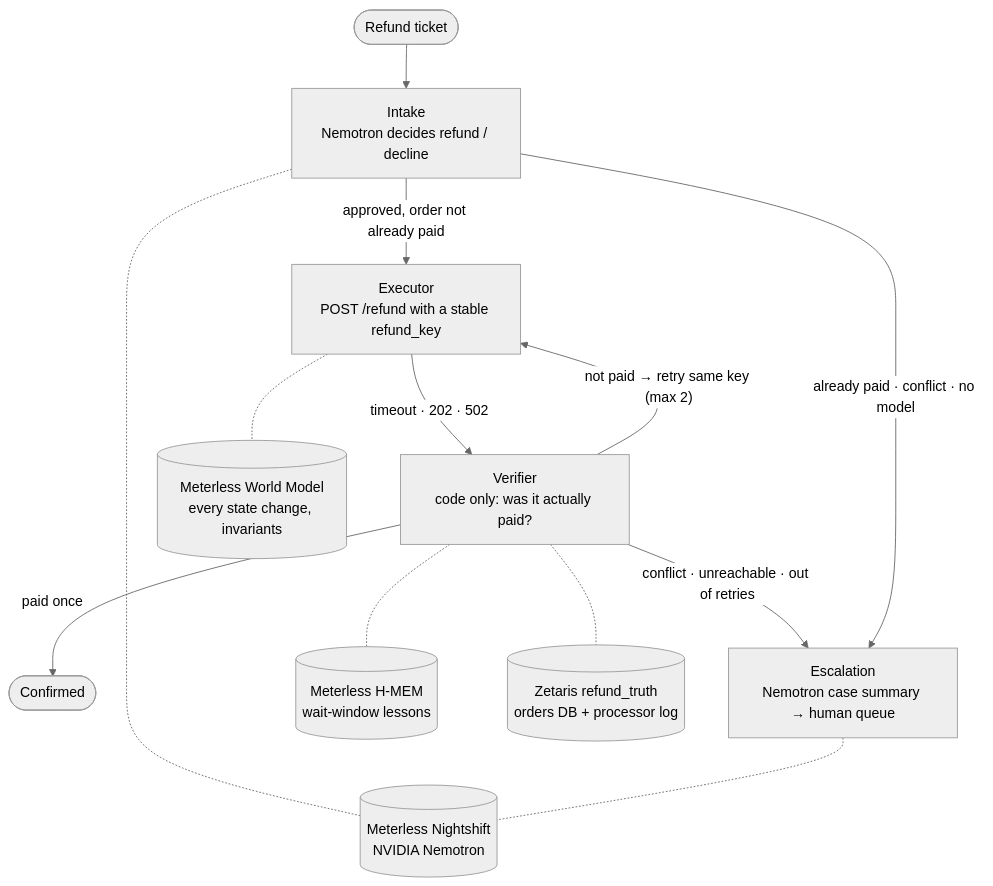
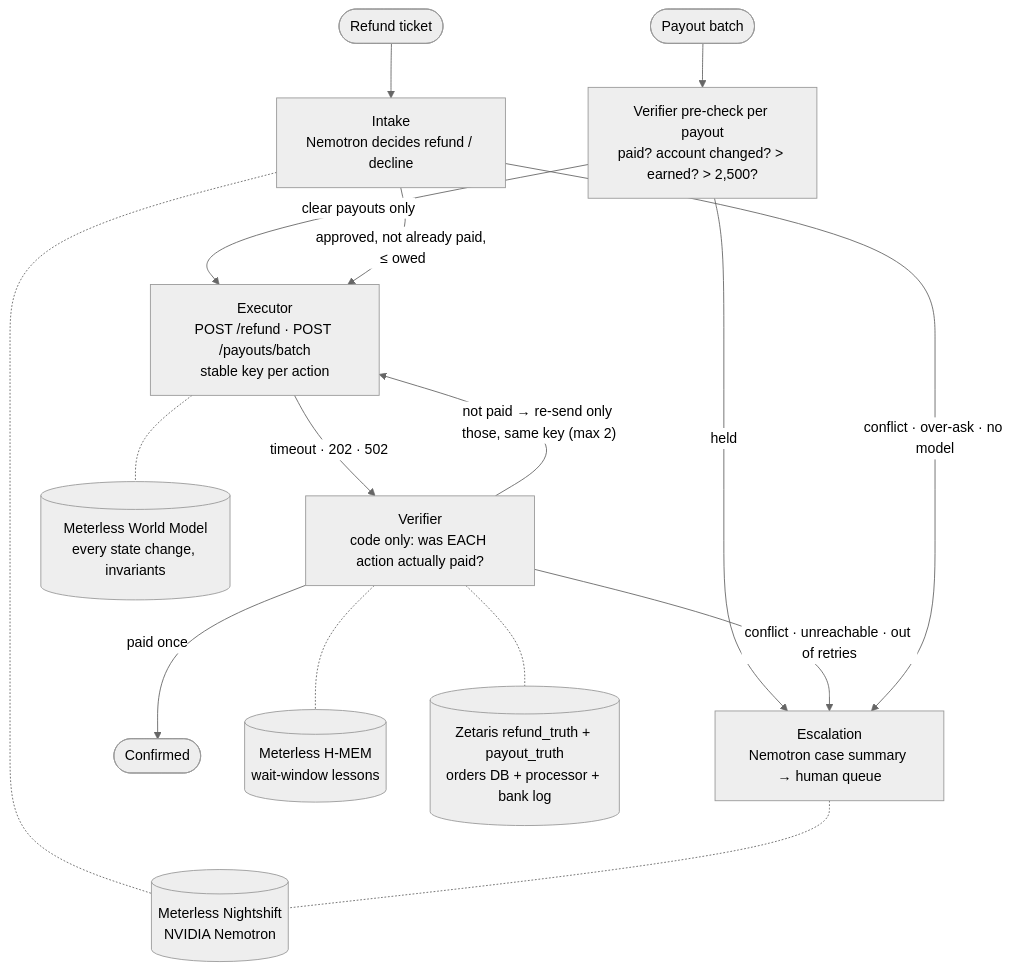
The diagram in README.md (OutstandingVick/dumen), drawn with Mermaid (neutral theme) before and after one commit. The commit also changed other lines of this file and 29 other files, not shown here.

````diff
--- a/README.md
+++ b/README.md
@@ -30,21 +36,24 @@
 ```mermaid
 flowchart TB
   T([Refund ticket]) --> I["Intake<br/>Nemotron decides refund / decline"]
-  I -->|"approved, order not already paid"| E["Executor<br/>POST /refund with a stable refund_key"]
-  E -->|"timeout · 202 · 502"| V["Verifier<br/>code only: was it actually paid?"]
-  V -->|"not paid → retry same key (max 2)"| E
+  P([Payout batch]) --> PC["Verifier pre-check per payout<br/>paid? account changed? > earned? > 2,500?"]
+  PC -->|"clear payouts only"| E
+  PC -->|"held"| X
+  I -->|"approved, not already paid, ≤ owed"| E["Executor<br/>POST /refund · POST /payouts/batch<br/>stable key per action"]
+  E -->|"timeout · 202 · 502"| V["Verifier<br/>code only: was EACH action actually paid?"]
+  V -->|"not paid → re-send only those, same key (max 2)"| E
   V -->|"paid once"| C([Confirmed])
   V -->|"conflict · unreachable · out of retries"| X["Escalation<br/>Nemotron case summary → human queue"]
-  I -->|"already paid · conflict · no model"| X
+  I -->|"conflict · over-ask · no model"| X
 
   W[("Meterless World Model<br/>every state change, invariants")]
   M[("Meterless H-MEM<br/>wait-window lessons")]
-  Z[("Zetaris refund_truth<br/>orders DB + processor log")]
+  Z[("Zetaris refund_truth + payout_truth<br/>orders DB + processor + bank log")]
   N[("Meterless Nightshift<br/>NVIDIA Nemotron")]
 
   V -.- Z
   V -.- M
   I -.- N
   X -.- N
   E -.- W
 ```
````
